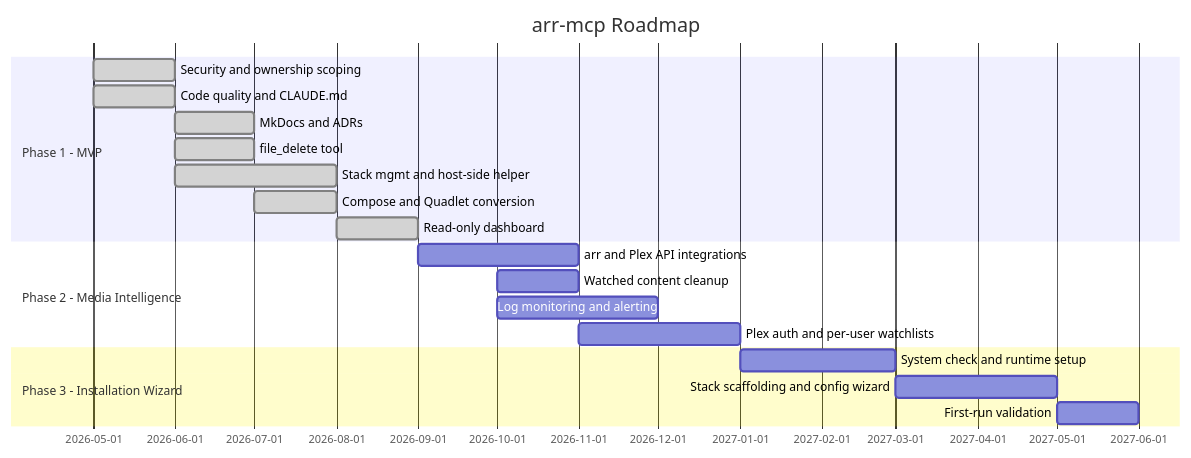
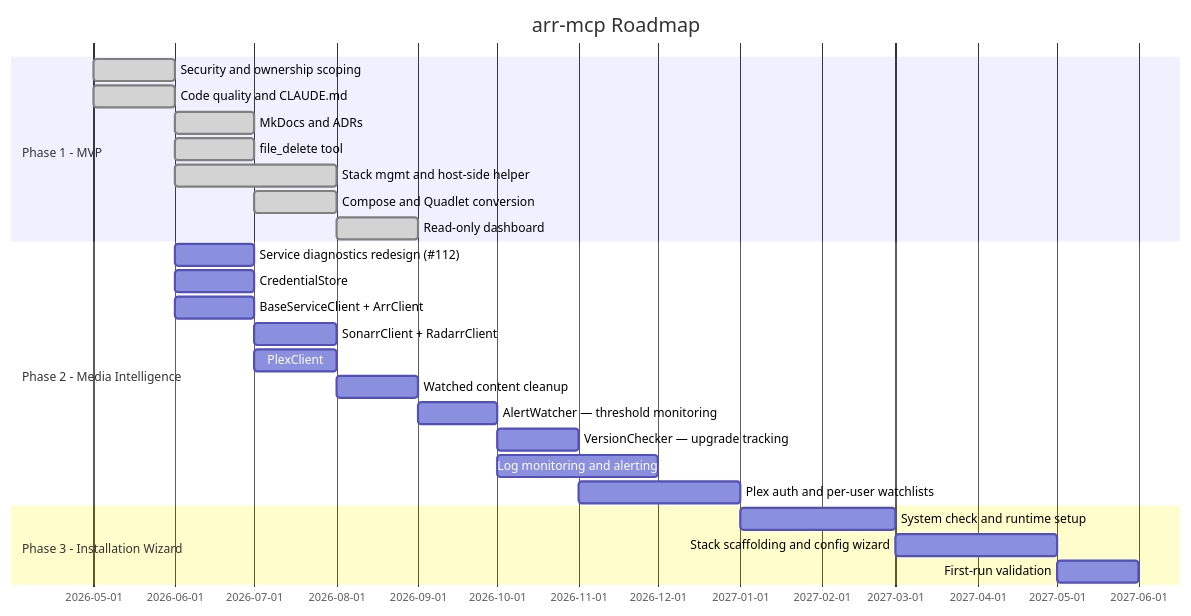
One commit to ryanbrinn/arr-mcp changed the diagram in docs/roadmap.md. Above: the diagram before and after it, drawn with Mermaid. The commit also changed other lines of this file and 1 other file, not shown here.

````diff
--- a/docs/roadmap.md
+++ b/docs/roadmap.md
@@ -11,25 +11,30 @@
 ```mermaid
 gantt
     title arr-mcp Roadmap
     dateFormat YYYY-MM
 
     section Phase 1 - MVP
         Security and ownership scoping          :done,    p1a, 2026-05, 2026-06
         Code quality and CLAUDE.md              :done,    p1b, 2026-05, 2026-06
         MkDocs and ADRs                         :done,    p1c, 2026-06, 2026-07
         file_delete tool                        :done,    p1d, 2026-06, 2026-07
         Stack mgmt and host-side helper         :done,    p1e, 2026-06, 2026-08
         Compose and Quadlet conversion          :done,    p1f, 2026-07, 2026-08
         Read-only dashboard                     :done,    p1g, 2026-08, 2026-09
-
     section Phase 2 - Media Intelligence
-        arr and Plex API integrations           :         p2a, 2026-09, 2026-11
-        Watched content cleanup                 :         p2b, 2026-10, 2026-11
-        Log monitoring and alerting             :         p2c, 2026-10, 2026-12
-        Plex auth and per-user watchlists       :         p2d, 2026-11, 2027-01
+        Service diagnostics redesign (#112)     :         p2z, 2026-06, 2026-07
+        CredentialStore                         :         p2a, 2026-06, 2026-07
+        BaseServiceClient + ArrClient           :         p2b, 2026-06, 2026-07
+        SonarrClient + RadarrClient             :         p2c, 2026-07, 2026-08
+        PlexClient                              :         p2d, 2026-07, 2026-08
+        Watched content cleanup                 :         p2e, 2026-08, 2026-09
+        AlertWatcher — threshold monitoring     :         p2f, 2026-09, 2026-10
+        VersionChecker — upgrade tracking       :         p2g, 2026-10, 2026-11
+        Log monitoring and alerting             :         p2h, 2026-10, 2026-12
+        Plex auth and per-user watchlists       :         p2i, 2026-11, 2027-01
 
     section Phase 3 - Installation Wizard
         System check and runtime setup          :         p3a, 2027-01, 2027-03
         Stack scaffolding and config wizard     :         p3b, 2027-03, 2027-05
         First-run validation                    :         p3c, 2027-05, 2027-06
 ```
````
